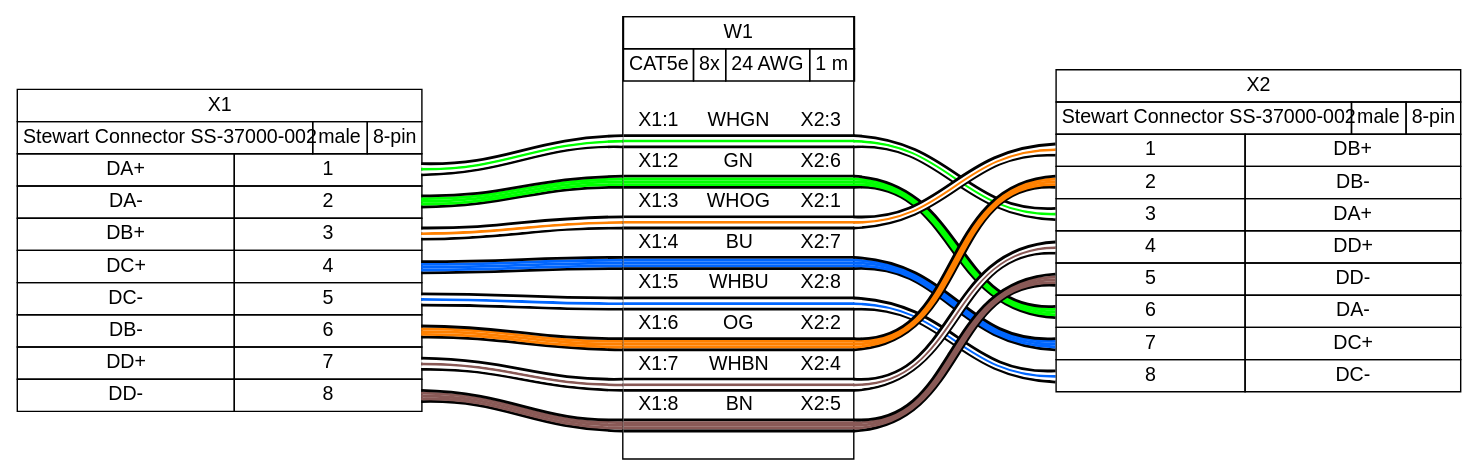
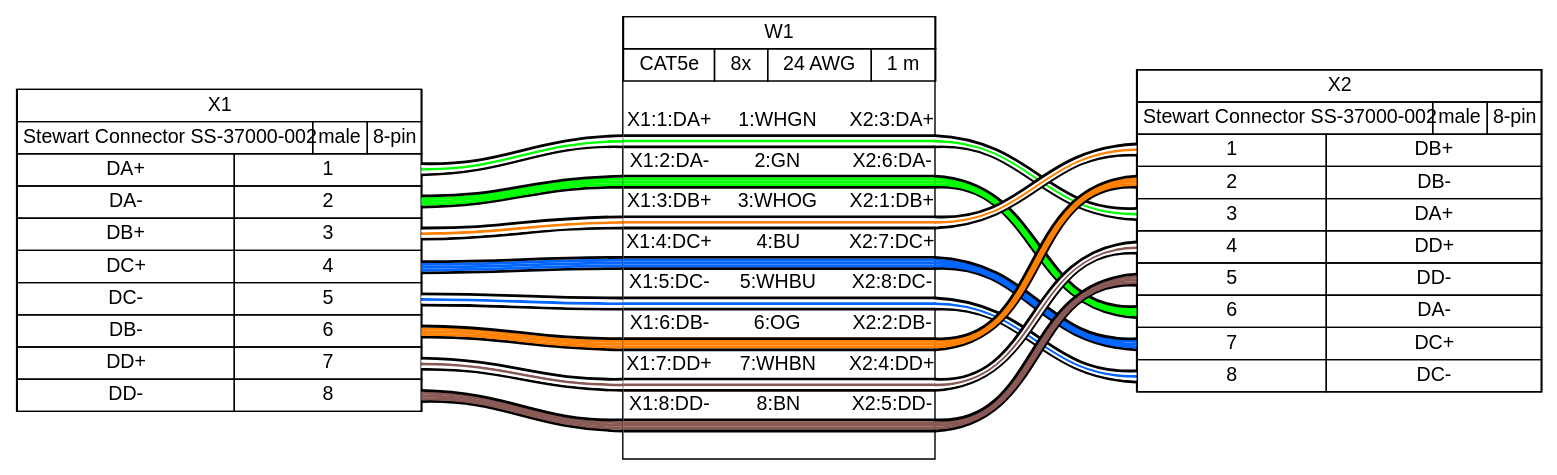
Before and after one commit to thestumbler/cables-with-wireviz: the diagram in examples/ex10.gv, drawn with Graphviz. The commit also changed 93 other files, not shown here.

```diff
--- a/examples/ex10.gv
+++ b/examples/ex10.gv
@@ -1,8 +1,8 @@
 graph {
-// Graph generated by WireViz 0.2
-// https://github.com/formatc1702/WireViz
-	graph [bgcolor=white fontname=arial nodesep=0.33 rankdir=LR ranksep=2]
-	node [fillcolor=white fontname=arial shape=record style=filled]
+// Graph generated by WireViz 0.4.1
+// https://github.com/wireviz/WireViz
+	graph [bgcolor="#FFFFFF" fontname=arial nodesep=0.33 rankdir=LR ranksep=2]
+	node [fillcolor="#FFFFFF" fontname=arial height=0 margin=0 shape=none style=filled width=0]
 	edge [fontname=arial style=bold]
 	X1 [label=<
 <table border="0" cellspacing="0" cellpadding="0">
@@ -55,7 +55,7 @@
   </table>
  </td></tr>
 </table>
-> fillcolor=white margin=0 shape=none style=filled]
+> fillcolor="#FFFFFF" shape=box style=filled]
 	X2 [label=<
 <table border="0" cellspacing="0" cellpadding="0">
  <tr><td>
@@ -107,7 +107,7 @@
   </table>
  </td></tr>
 </table>
-> fillcolor=white margin=0 shape=none style=filled]
+> fillcolor="#FFFFFF" shape=box style=filled]
 	edge [color="#000000:#ffffff:#00ff00:#ffffff:#000000"]
 	X1:p1r:e -- W1:w1:w
 	W1:w1:e -- X2:p3l:w
@@ -151,9 +151,11 @@
   <table border="0" cellspacing="0" cellborder="0">
    <tr><td>&nbsp;</td></tr>
    <tr>
-    <td>X1:1</td>
-    <td>WHGN</td>
-    <td>X2:3</td>
+    <td>X1:1:DA+</td>
+    <td>
+     1:WHGN
+    </td>
+    <td>X2:3:DA+</td>
    </tr>
    <tr>
     <td colspan="3" border="0" cellspacing="0" cellpadding="0" port="w1" height="10">
@@ -167,9 +169,11 @@
     </td>
    </tr>
    <tr>
-    <td>X1:2</td>
-    <td>GN</td>
-    <td>X2:6</td>
+    <td>X1:2:DA-</td>
+    <td>
+     2:GN
+    </td>
+    <td>X2:6:DA-</td>
    </tr>
    <tr>
     <td colspan="3" border="0" cellspacing="0" cellpadding="0" port="w2" height="10">
@@ -183,9 +187,11 @@
     </td>
    </tr>
    <tr>
-    <td>X1:3</td>
-    <td>WHOG</td>
-    <td>X2:1</td>
+    <td>X1:3:DB+</td>
+    <td>
+     3:WHOG
+    </td>
+    <td>X2:1:DB+</td>
    </tr>
    <tr>
     <td colspan="3" border="0" cellspacing="0" cellpadding="0" port="w3" height="10">
@@ -199,9 +205,11 @@
     </td>
    </tr>
    <tr>
-    <td>X1:4</td>
-    <td>BU</td>
-    <td>X2:7</td>
+    <td>X1:4:DC+</td>
+    <td>
+     4:BU
+    </td>
+    <td>X2:7:DC+</td>
    </tr>
    <tr>
     <td colspan="3" border="0" cellspacing="0" cellpadding="0" port="w4" height="10">
@@ -215,9 +223,11 @@
     </td>
    </tr>
    <tr>
-    <td>X1:5</td>
-    <td>WHBU</td>
-    <td>X2:8</td>
+    <td>X1:5:DC-</td>
+    <td>
+     5:WHBU
+    </td>
+    <td>X2:8:DC-</td>
    </tr>
    <tr>
     <td colspan="3" border="0" cellspacing="0" cellpadding="0" port="w5" height="10">
@@ -231,9 +241,11 @@
     </td>
    </tr>
    <tr>
-    <td>X1:6</td>
-    <td>OG</td>
-    <td>X2:2</td>
+    <td>X1:6:DB-</td>
+    <td>
+     6:OG
+    </td>
+    <td>X2:2:DB-</td>
    </tr>
    <tr>
     <td colspan="3" border="0" cellspacing="0" cellpadding="0" port="w6" height="10">
@@ -247,9 +259,11 @@
     </td>
    </tr>
    <tr>
-    <td>X1:7</td>
-    <td>WHBN</td>
-    <td>X2:4</td>
+    <td>X1:7:DD+</td>
+    <td>
+     7:WHBN
+    </td>
+    <td>X2:4:DD+</td>
    </tr>
    <tr>
     <td colspan="3" border="0" cellspacing="0" cellpadding="0" port="w7" height="10">
@@ -263,9 +277,11 @@
     </td>
    </tr>
    <tr>
-    <td>X1:8</td>
-    <td>BN</td>
-    <td>X2:5</td>
+    <td>X1:8:DD-</td>
+    <td>
+     8:BN
+    </td>
+    <td>X2:5:DD-</td>
    </tr>
    <tr>
     <td colspan="3" border="0" cellspacing="0" cellpadding="0" port="w8" height="10">
@@ -282,5 +298,5 @@
   </table>
  </td></tr>
 </table>
-> fillcolor=white margin=0 shape=box style=""]
+> fillcolor="#FFFFFF" shape=box style=filled]
 }
```
